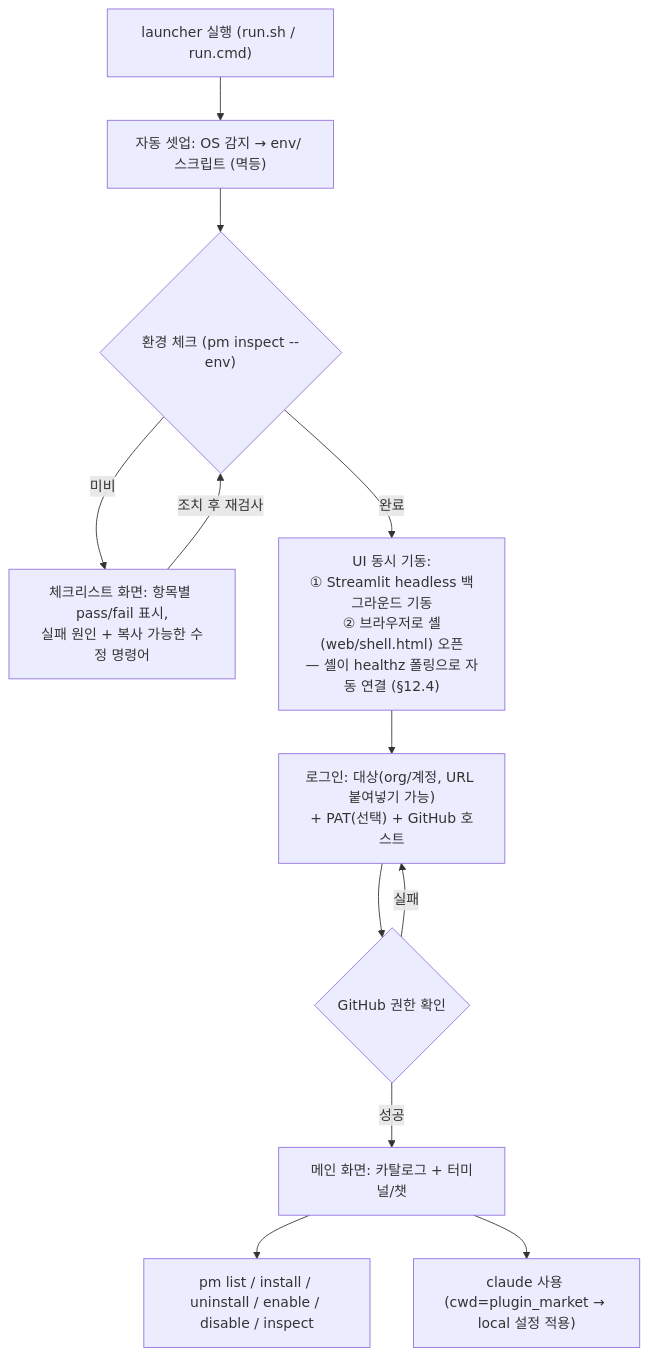
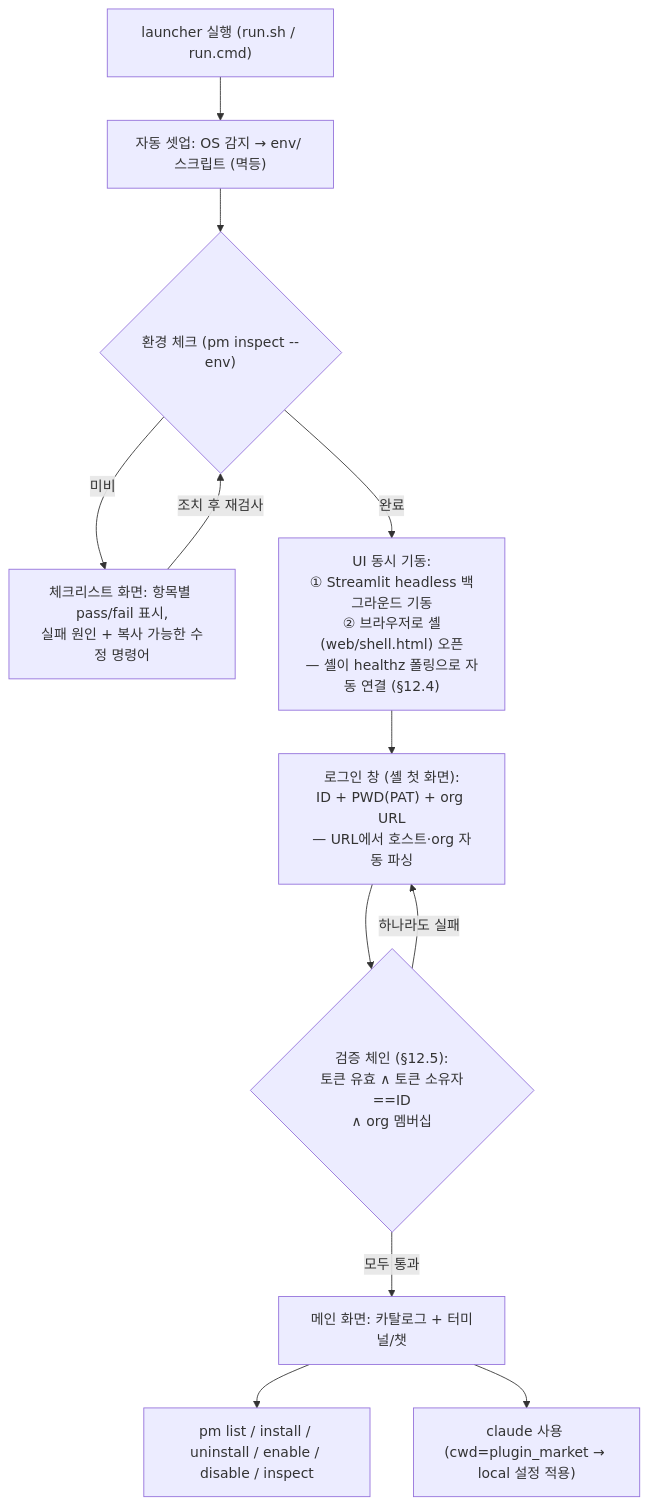
One commit to ageokim/plugin_market changed the first of 3 diagrams in docs/Architecture.md. Above: the diagram before and after it, drawn with Mermaid. The commit also changed other lines of this file, not shown here.

First line of the commit message:
로그인 설계 확정: ID/PWD/URL 검증 체인 + keyring 자동 로그인 (§12.5)

````diff
--- a/docs/Architecture.md
+++ b/docs/Architecture.md
@@ -78,14 +78,14 @@
 ```mermaid
 flowchart TD
     A["launcher 실행 (run.sh / run.cmd)"] --> B["자동 셋업: OS 감지 → env/ 스크립트 (멱등)"]
     B --> C{"환경 체크 (pm inspect --env)"}
     C -- 미비 --> D["체크리스트 화면: 항목별 pass/fail 표시,<br>실패 원인 + 복사 가능한 수정 명령어"]
     D -- 조치 후 재검사 --> C
     C -- 완료 --> E["UI 동시 기동:<br>① Streamlit headless 백그라운드 기동<br>② 브라우저로 셸(web/shell.html) 오픈<br>— 셸이 healthz 폴링으로 자동 연결 (§12.4)"]
-    E --> F["로그인: 대상(org/계정, URL 붙여넣기 가능)<br>+ PAT(선택) + GitHub 호스트"]
-    F --> G{"GitHub 권한 확인"}
-    G -- 실패 --> F
-    G -- 성공 --> H["메인 화면: 카탈로그 + 터미널/챗"]
+    E --> F["로그인 창 (셸 첫 화면):<br>ID + PWD(PAT) + org URL<br>— URL에서 호스트·org 자동 파싱"]
+    F --> G{"검증 체인 (§12.5):<br>토큰 유효 ∧ 토큰 소유자==ID<br>∧ org 멤버십"}
+    G -- 하나라도 실패 --> F
+    G -- 모두 통과 --> H["메인 화면: 카탈로그 + 터미널/챗"]
     H --> I["pm list / install / uninstall / enable / disable / inspect"]
     H --> J["claude 사용 (cwd=plugin_market → local 설정 적용)"]
 ```
````
